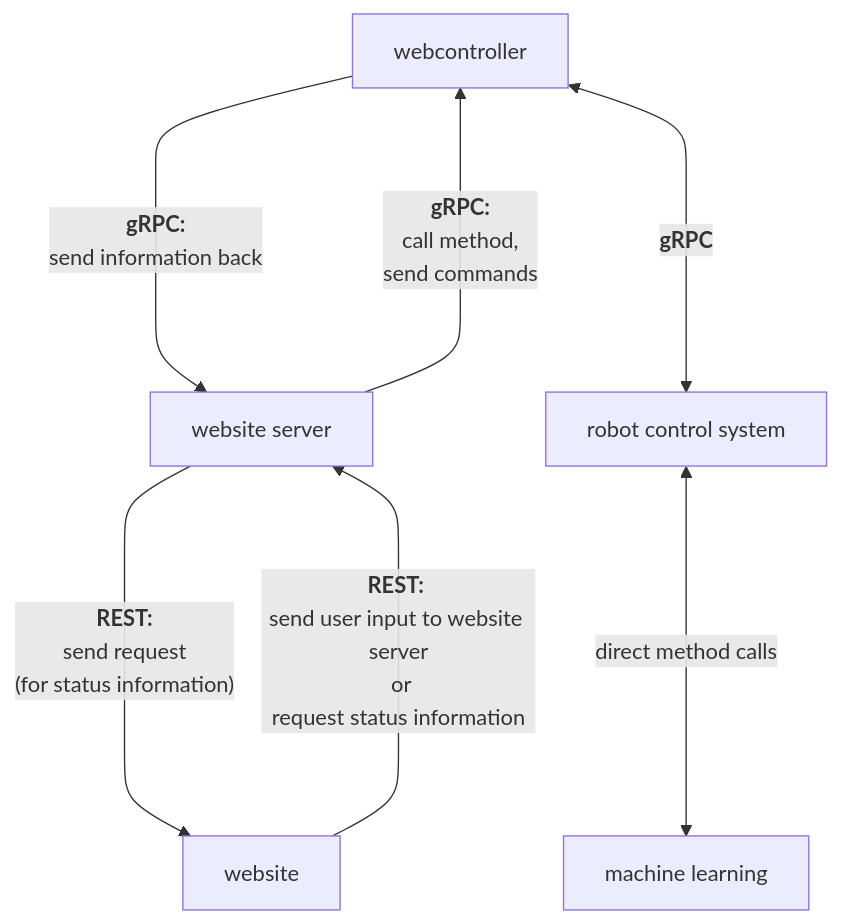
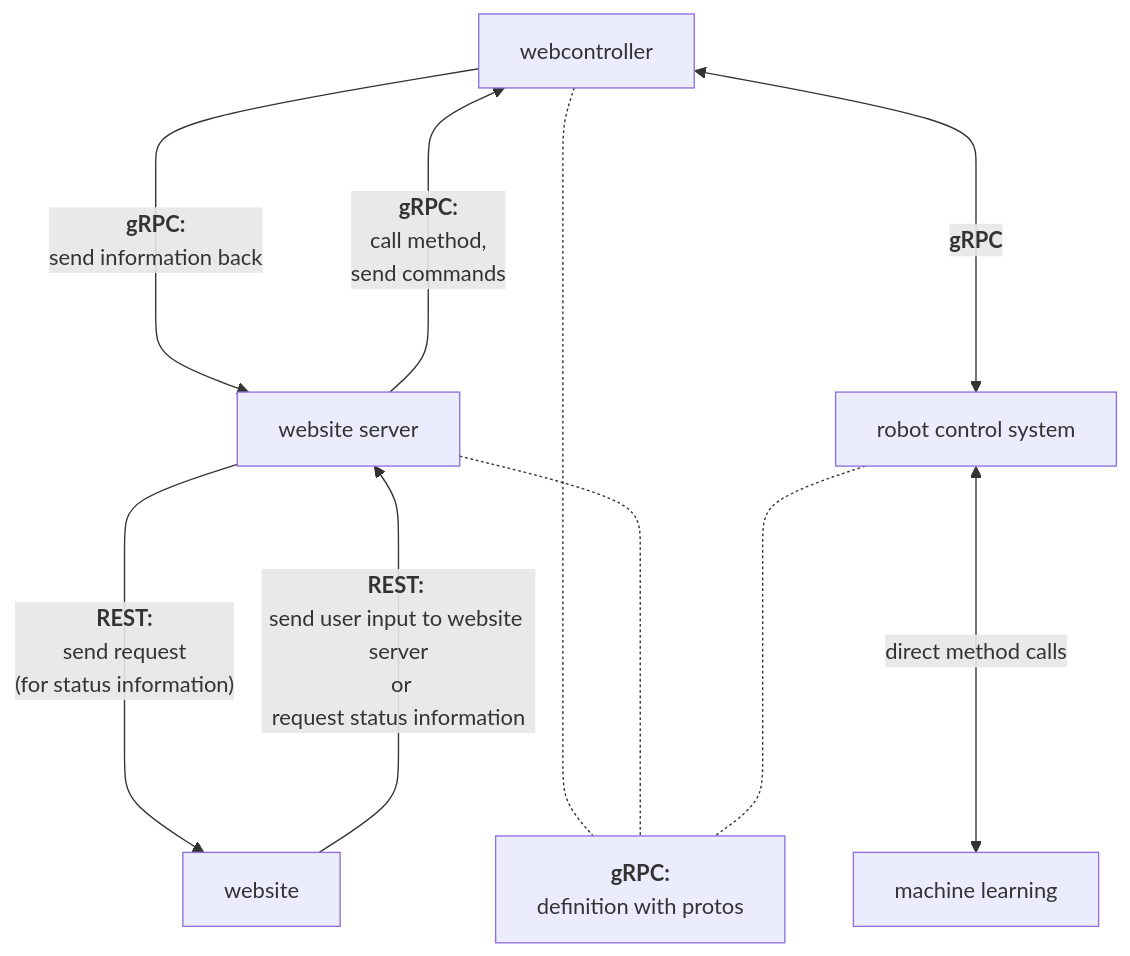
One commit to BjoernFuertges/Study_Project_Robot_Control changed the diagram in README.md. Above: the diagram before and after it, drawn with Mermaid.

Commit message:
Readme: added protos

````diff
--- a/README.md
+++ b/README.md
@@ -4,9 +4,11 @@
 ```mermaid
 graph TD;
     A[webcontroller]----> |"<b>gRPC:</b> <br>send information back"| B["website server"];
     B ----> |"<b>gRPC:</b> <br>call method, <br>send commands"| A;
     A <----> |"<b>gRPC</b>"| C["robot control system"];
     B ----> |"<b>REST:</b> <br>send request <br>(for status information)"| D["website"];
     D ----> |"<b>REST:</b> <br>send user input to website server<br> or<br>request status information"| B;
     C <----> |"direct method calls"| E["machine learning"];
+    F["<b>gRPC:</b><br>definition with protos"];
+    A & B & C -...- F
 ```
````
